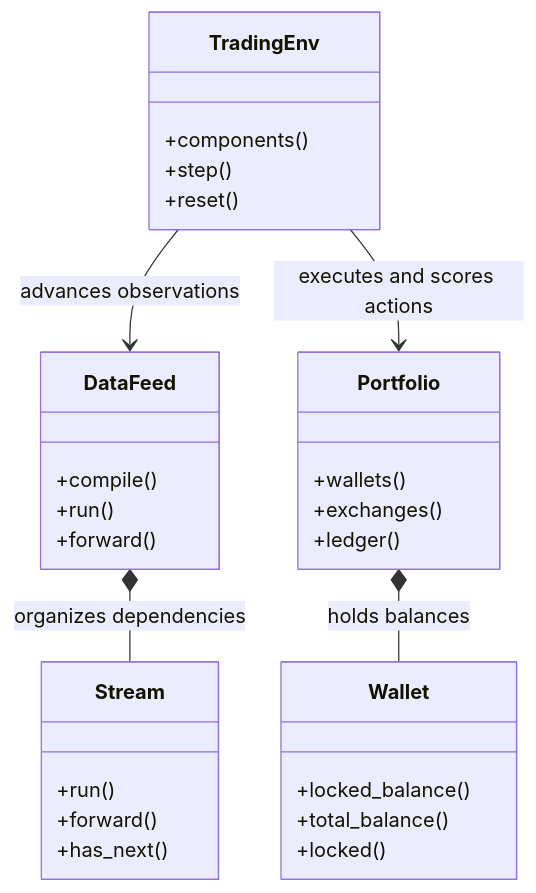
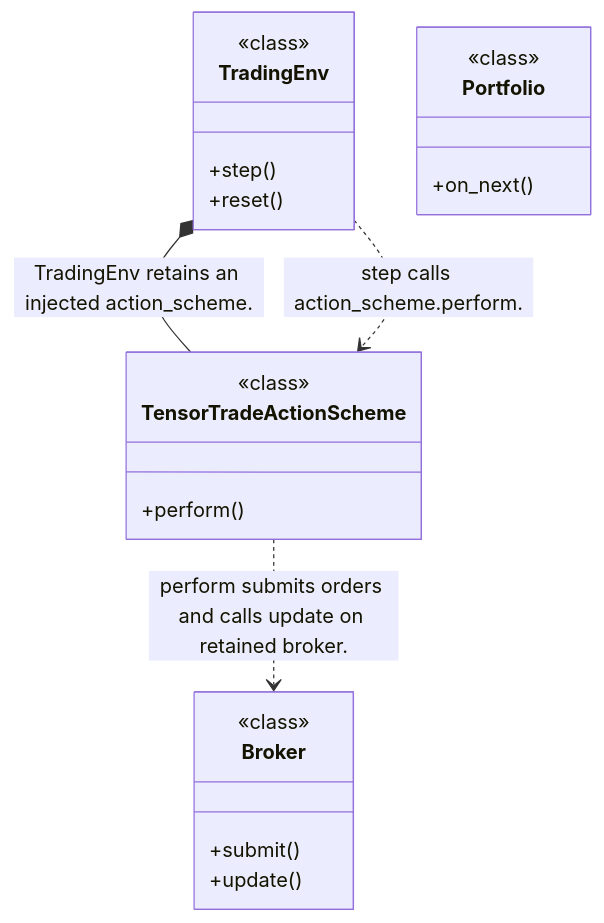
Before and after one commit to alexcwyu/tensortrade: the second of 4 diagrams in docs/ayu-develop.md, drawn with Mermaid. The commit also changed other lines of this file and 10 other files, not shown here.

Commit message:
docs: standardize source-reviewed system guides and offline diagrams

````diff
--- a/docs/ayu-develop.md
+++ b/docs/ayu-develop.md
@@ -35,32 +87,24 @@
 ```mermaid
 classDiagram
-    class TradingEnv {
-        +components()
-        +step()
-        +reset()
-    }
-    class DataFeed {
-        +compile()
-        +run()
-        +forward()
-    }
-    class Stream {
-        +run()
-        +forward()
-        +has_next()
-    }
-    class Portfolio {
-        +wallets()
-        +exchanges()
-        +ledger()
-    }
-    class Wallet {
-        +locked_balance()
-        +total_balance()
-        +locked()
-    }
-    TradingEnv --> DataFeed : advances observations
-    DataFeed *-- Stream : organizes dependencies
-    Portfolio *-- Wallet : holds balances
-    TradingEnv --> Portfolio : executes and scores actions
+  class N0["TradingEnv"] {
+    <<class>>
+    +step()
+    +reset()
+  }
+  class N1["TensorTradeActionScheme"] {
+    <<class>>
+    +perform()
+  }
+  class N2["Broker"] {
+    <<class>>
+    +submit()
+    +update()
+  }
+  class N3["Portfolio"] {
+    <<class>>
+    +on_next()
+  }
+  N0 *-- N1 : TradingEnv retains an injected action_scheme.
+  N0 ..> N1 : step calls action_scheme.perform.
+  N1 ..> N2 : perform submits orders and calls update on retained broker.
 ```
````
